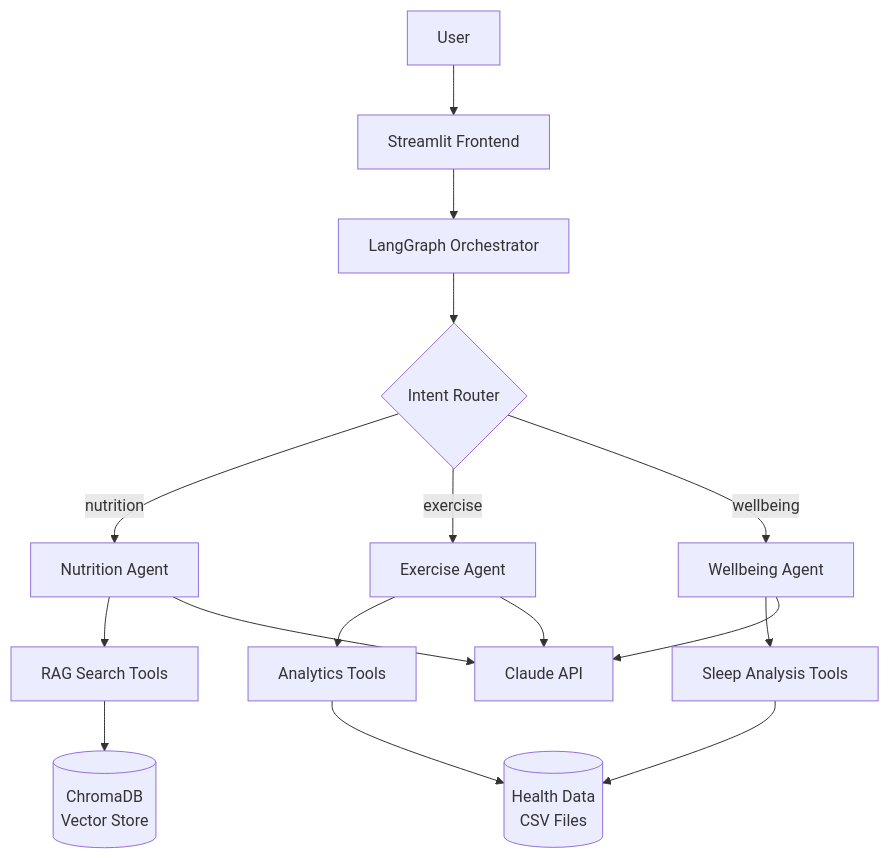
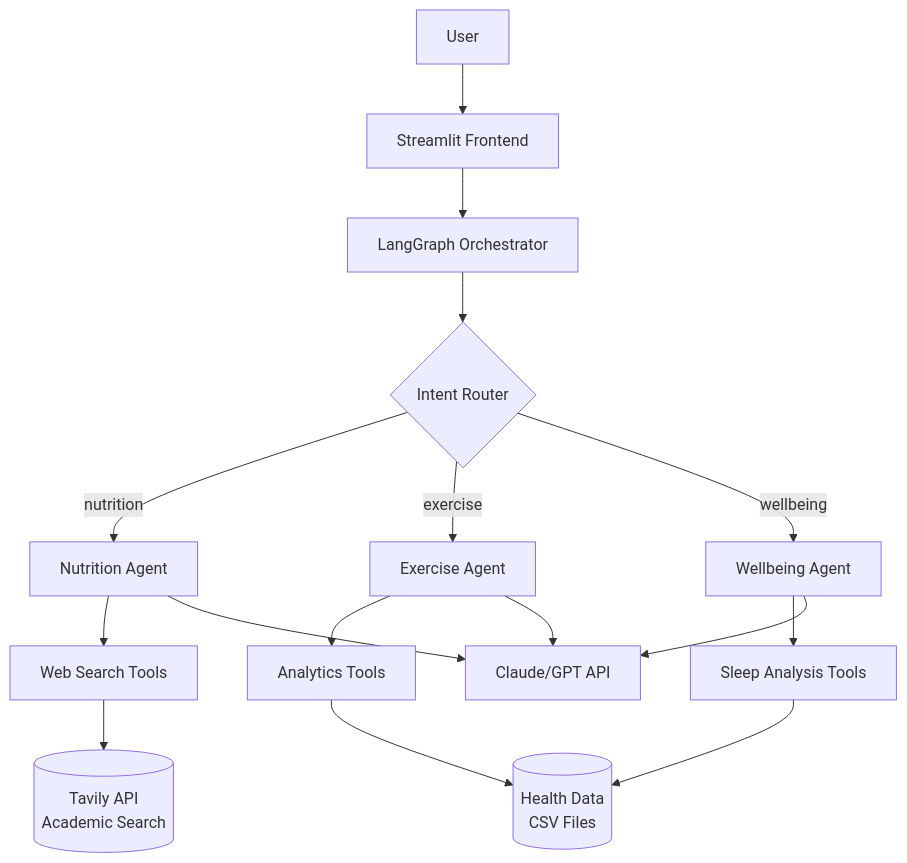
One commit to puginarug/HealthPilot changed the diagram in README.md. Above: the diagram before and after it, drawn with Mermaid. The commit also changed other lines of this file, not shown here.

````diff
--- a/README.md
+++ b/README.md
@@ -79,18 +74,18 @@
 ```mermaid
 graph TB
     User[User] --> Streamlit[Streamlit Frontend]
     Streamlit --> Orchestrator[LangGraph Orchestrator]
     Orchestrator --> Router{Intent Router}
     Router -->|nutrition| NA[Nutrition Agent]
     Router -->|exercise| EA[Exercise Agent]
     Router -->|wellbeing| WA[Wellbeing Agent]
-    NA --> Tools1[RAG Search Tools]
+    NA --> Tools1[Web Search Tools]
     EA --> Tools2[Analytics Tools]
     WA --> Tools3[Sleep Analysis Tools]
-    Tools1 --> ChromaDB[(ChromaDB<br/>Vector Store)]
+    Tools1 --> Tavily[(Tavily API<br/>Academic Search)]
     Tools2 --> Data[(Health Data<br/>CSV Files)]
     Tools3 --> Data
-    NA --> Claude[Claude API]
-    EA --> Claude
-    WA --> Claude
+    NA --> LLM[Claude/GPT API]
+    EA --> LLM
+    WA --> LLM
 ```
````
